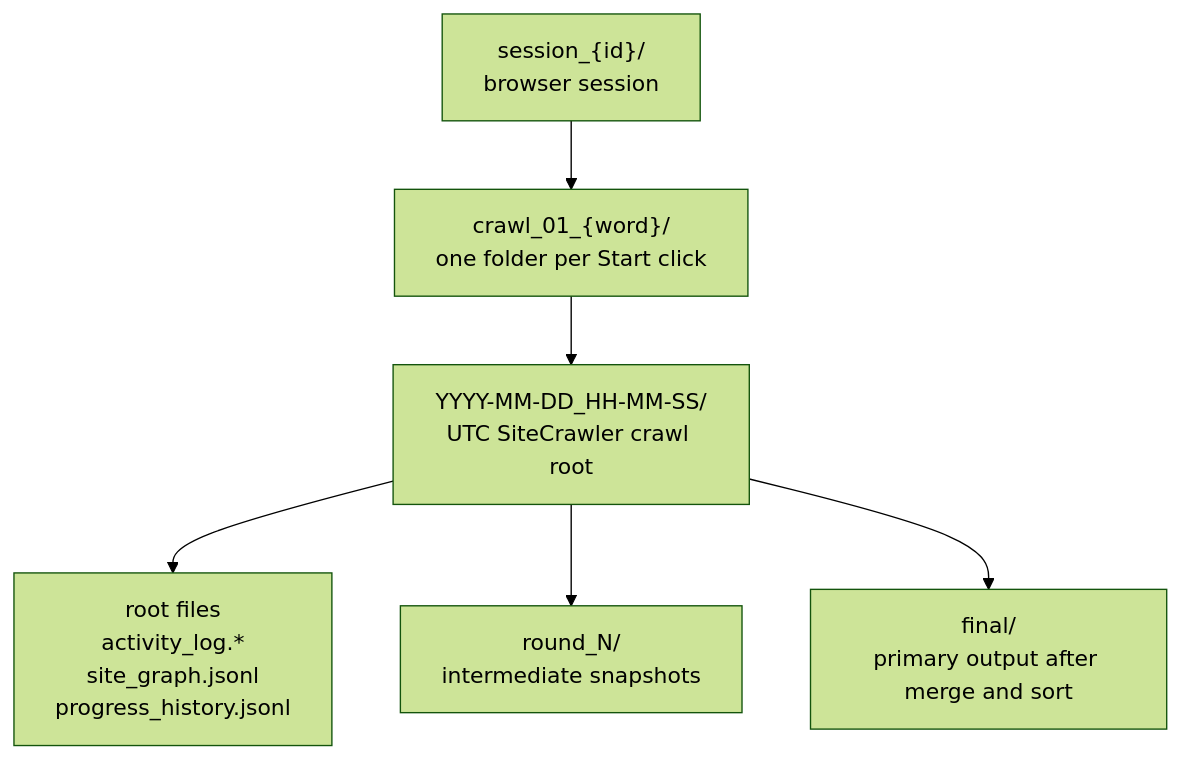
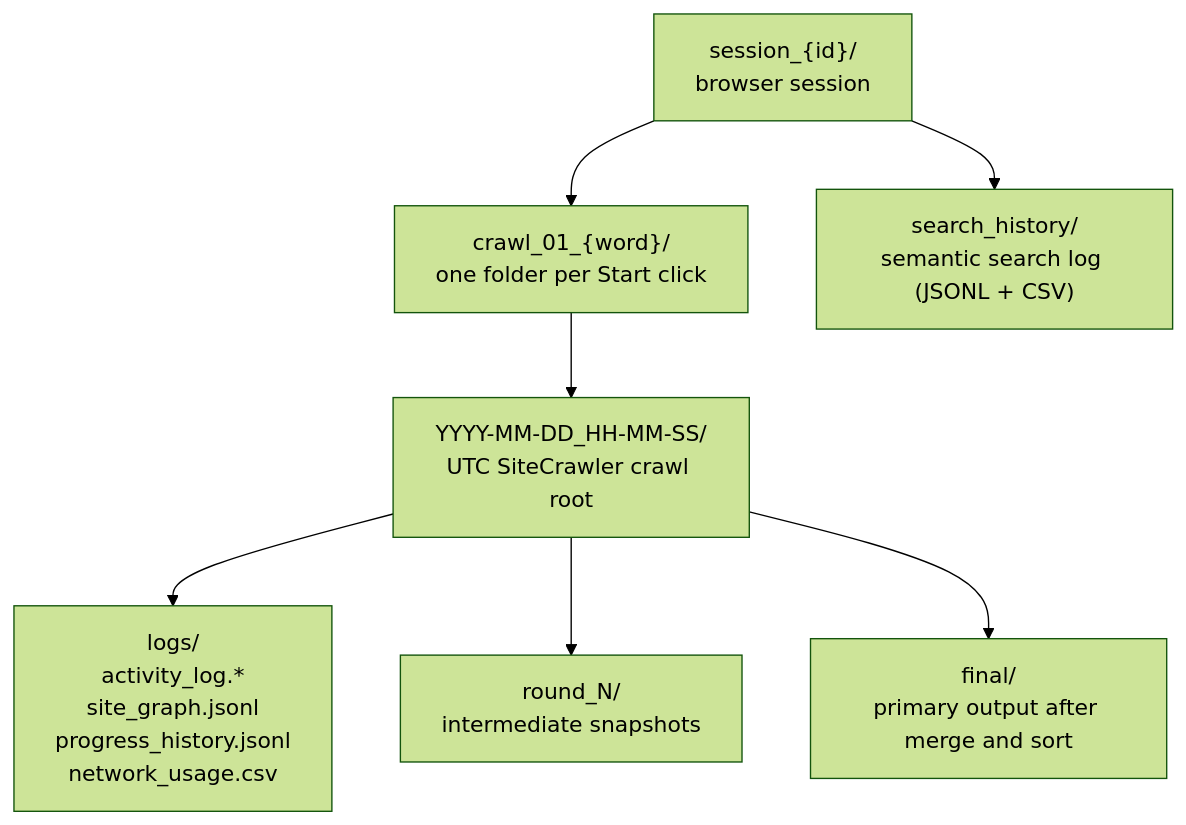
Before and after one commit to prakosd/rag-playground: the fifth of 7 diagrams in apps/streamlit/README.md, drawn with Mermaid (forest theme). The commit also changed other lines of this file and 43 other files, not shown here.

First line of the commit message:
Refactor crawler configuration and enhance network usage logging

````diff
--- a/apps/streamlit/README.md
+++ b/apps/streamlit/README.md
@@ -376,8 +377,9 @@
 ```mermaid
 flowchart TD
   Session["session_{id}/<br/>browser session"] --> Crawl["crawl_01_{word}/<br/>one folder per Start click"]
+  Session --> Search["search_history/<br/>semantic search log (JSONL + CSV)"]
   Crawl --> Timestamp["YYYY-MM-DD_HH-MM-SS/<br/>UTC SiteCrawler crawl root"]
-  Timestamp --> RootFiles["root files<br/>activity_log.*<br/>site_graph.jsonl<br/>progress_history.jsonl"]
+  Timestamp --> Logs["logs/<br/>activity_log.*<br/>site_graph.jsonl<br/>progress_history.jsonl<br/>network_usage.csv"]
   Timestamp --> Rounds["round_N/<br/>intermediate snapshots"]
   Timestamp --> Final["final/<br/>primary output after merge and sort"]
 ```
````
